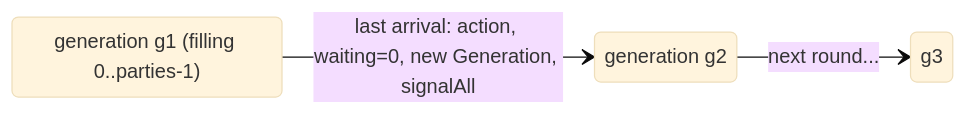
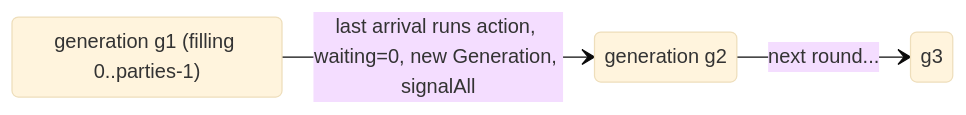
One commit to khiruashish/java-multithreading-playbook changed the second of 2 diagrams in docs/coding-interview/09-cyclic-barrier.md. Above: the diagram before and after it, drawn with Mermaid (base theme). The commit also changed 6 other files, not shown here.

First line of the commit message:
Redesign site: 3D hero, card navigation, readable diagrams

````diff
--- a/docs/coding-interview/09-cyclic-barrier.md
+++ b/docs/coding-interview/09-cyclic-barrier.md
@@ -34,8 +34,8 @@
 ```mermaid
 stateDiagram-v2
     direction LR
     g1: generation g1 (filling 0..parties-1)
     g2: generation g2
-    g1 --> g2: last arrival: action, waiting=0, new Generation, signalAll
+    g1 --> g2: last arrival runs action, waiting=0, new Generation, signalAll
     g2 --> g3: next round...
 ```
````
